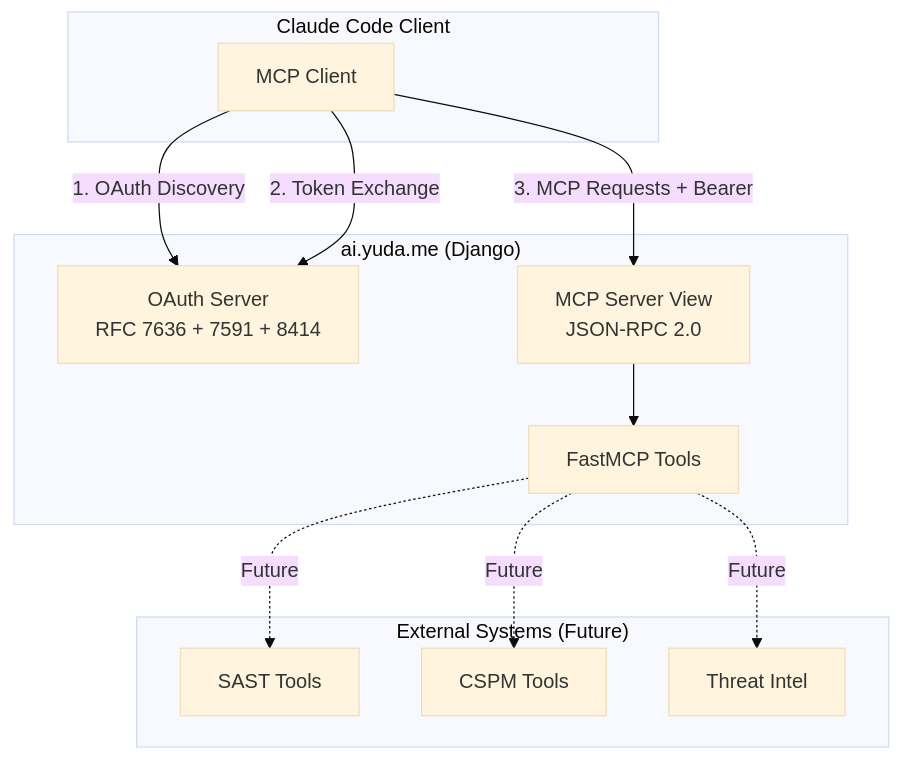
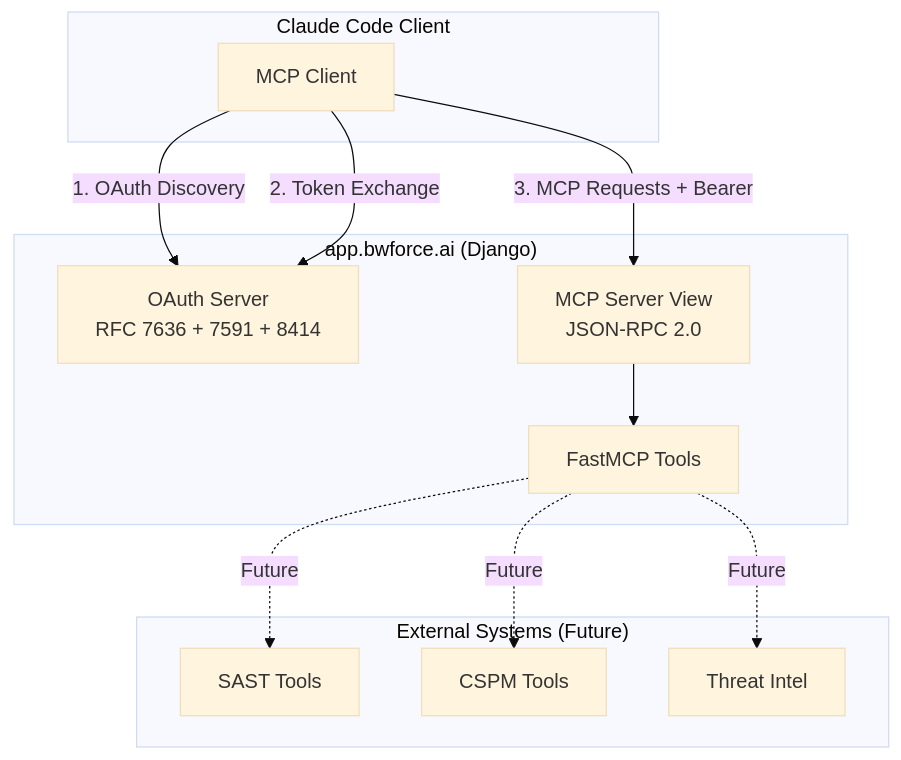
Before and after one commit to tomcounsell/ai: the first of 3 diagrams in apps/ai/mcp/cto_tools/PRD.md, drawn with Mermaid (base theme). The commit also changed other lines of this file and 60 other files, not shown here.

First line of the commit message:
Migrate domains: ai.yuda.me → app.bwforce.ai, research.yuda.me → research.bwforce.ai

````diff
--- a/apps/ai/mcp/cto_tools/PRD.md
+++ b/apps/ai/mcp/cto_tools/PRD.md
@@ -55,26 +55,26 @@
 ```mermaid
 graph TB
     subgraph "Claude Code Client"
         Client[MCP Client]
     end
 
-    subgraph "ai.yuda.me (Django)"
+    subgraph "app.bwforce.ai (Django)"
         OAuth[OAuth Server<br/>RFC 7636 + 7591 + 8414]
         MCPView[MCP Server View<br/>JSON-RPC 2.0]
         Tools[FastMCP Tools]
     end
 
     subgraph "External Systems (Future)"
         SAST[SAST Tools]
         CSPM[CSPM Tools]
         ThreatIntel[Threat Intel]
     end
 
     Client -->|1. OAuth Discovery| OAuth
     Client -->|2. Token Exchange| OAuth
     Client -->|3. MCP Requests + Bearer| MCPView
     MCPView --> Tools
     Tools -.->|Future| SAST
     Tools -.->|Future| CSPM
     Tools -.->|Future| ThreatIntel
 ```
````
